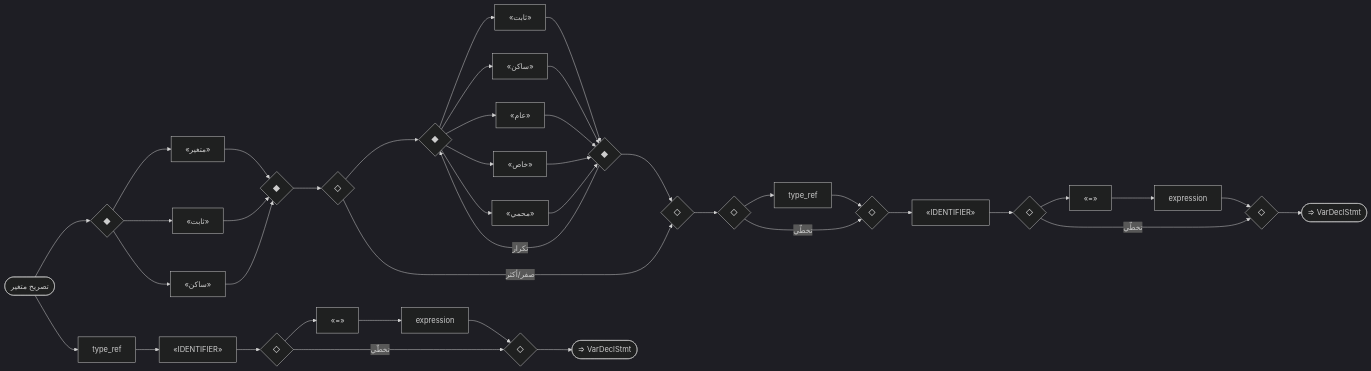
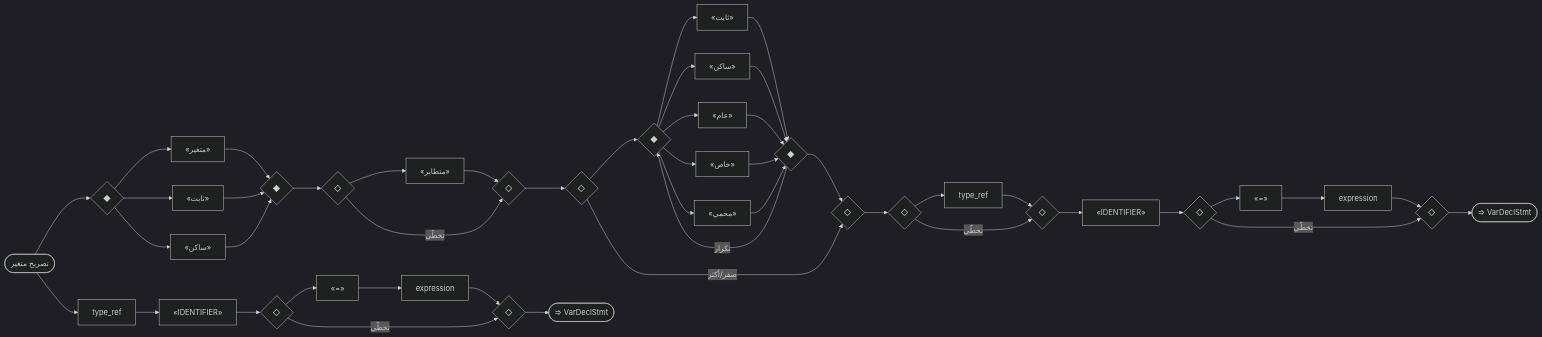
Before and after one commit to sadlang/sadlang: the third of 19 diagrams in docs/parser_rule/_generated/20_declarations.md, drawn with Mermaid (dark theme). The commit also changed other lines of this file and 305 other files, not shown here.

````diff
--- a/docs/parser_rule/_generated/20_declarations.md
+++ b/docs/parser_rule/_generated/20_declarations.md
@@ -72,75 +72,82 @@
 ```mermaid
 flowchart LR
   n1(["تصريح متغير"])
   n2{"◆"}
   n3{"◆"}
   n4["«متغير»"]
   n2 --> n4
   n4 --> n3
   n5["«ثابت»"]
   n2 --> n5
   n5 --> n3
   n6["«ساكن»"]
   n2 --> n6
   n6 --> n3
   n7{"◇"}
   n8{"◇"}
-  n9{"◆"}
-  n10{"◆"}
-  n11["«ثابت»"]
-  n9 --> n11
-  n11 --> n10
-  n12["«ساكن»"]
-  n9 --> n12
-  n12 --> n10
-  n13["«عام»"]
-  n9 --> n13
-  n13 --> n10
-  n14["«خاص»"]
-  n9 --> n14
-  n14 --> n10
-  n15["«محمي»"]
-  n9 --> n15
-  n15 --> n10
+  n9["«متطاير»"]
   n7 --> n9
-  n10 --> n8
-  n10 -- "تكرار" --> n9
-  n7 -- "صفر/أكثر" --> n8
+  n9 --> n8
+  n7 -- "تخطّي" --> n8
   n3 --> n7
-  n16{"◇"}
-  n17{"◇"}
-  n18["type_ref"]
-  n16 --> n18
-  n18 --> n17
-  n16 -- "تخطّي" --> n17
-  n8 --> n16
-  n19["«IDENTIFIER»"]
-  n17 --> n19
+  n10{"◇"}
+  n11{"◇"}
+  n12{"◆"}
+  n13{"◆"}
+  n14["«ثابت»"]
+  n12 --> n14
+  n14 --> n13
+  n15["«ساكن»"]
+  n12 --> n15
+  n15 --> n13
+  n16["«عام»"]
+  n12 --> n16
+  n16 --> n13
+  n17["«خاص»"]
+  n12 --> n17
+  n17 --> n13
+  n18["«محمي»"]
+  n12 --> n18
+  n18 --> n13
+  n10 --> n12
+  n13 --> n11
+  n13 -- "تكرار" --> n12
+  n10 -- "صفر/أكثر" --> n11
+  n8 --> n10
+  n19{"◇"}
   n20{"◇"}
-  n21{"◇"}
-  n22["«=»"]
-  n23["expression"]
+  n21["type_ref"]
+  n19 --> n21
+  n21 --> n20
+  n19 -- "تخطّي" --> n20
+  n11 --> n19
+  n22["«IDENTIFIER»"]
+  n20 --> n22
+  n23{"◇"}
+  n24{"◇"}
+  n25["«=»"]
+  n26["expression"]
+  n25 --> n26
+  n23 --> n25
+  n26 --> n24
+  n23 -- "تخطّي" --> n24
   n22 --> n23
-  n20 --> n22
-  n23 --> n21
-  n20 -- "تخطّي" --> n21
-  n19 --> n20
   n1 --> n2
-  n24(["⇒ VarDeclStmt"])
-  n21 --> n24
-  n25["type_ref"]
-  n26["«IDENTIFIER»"]
-  n25 --> n26
-  n27{"◇"}
-  n28{"◇"}
-  n29["«=»"]
-  n30["expression"]
+  n27(["⇒ VarDeclStmt"])
+  n24 --> n27
+  n28["type_ref"]
+  n29["«IDENTIFIER»"]
+  n28 --> n29
+  n30{"◇"}
+  n31{"◇"}
+  n32["«=»"]
+  n33["expression"]
+  n32 --> n33
+  n30 --> n32
+  n33 --> n31
+  n30 -- "تخطّي" --> n31
   n29 --> n30
-  n27 --> n29
-  n30 --> n28
-  n27 -- "تخطّي" --> n28
-  n26 --> n27
-  n1 --> n25
-  n31(["⇒ VarDeclStmt"])
-  n28 --> n31
+  n1 --> n28
+  n34(["⇒ VarDeclStmt"])
+  n31 --> n34
 ```
````
